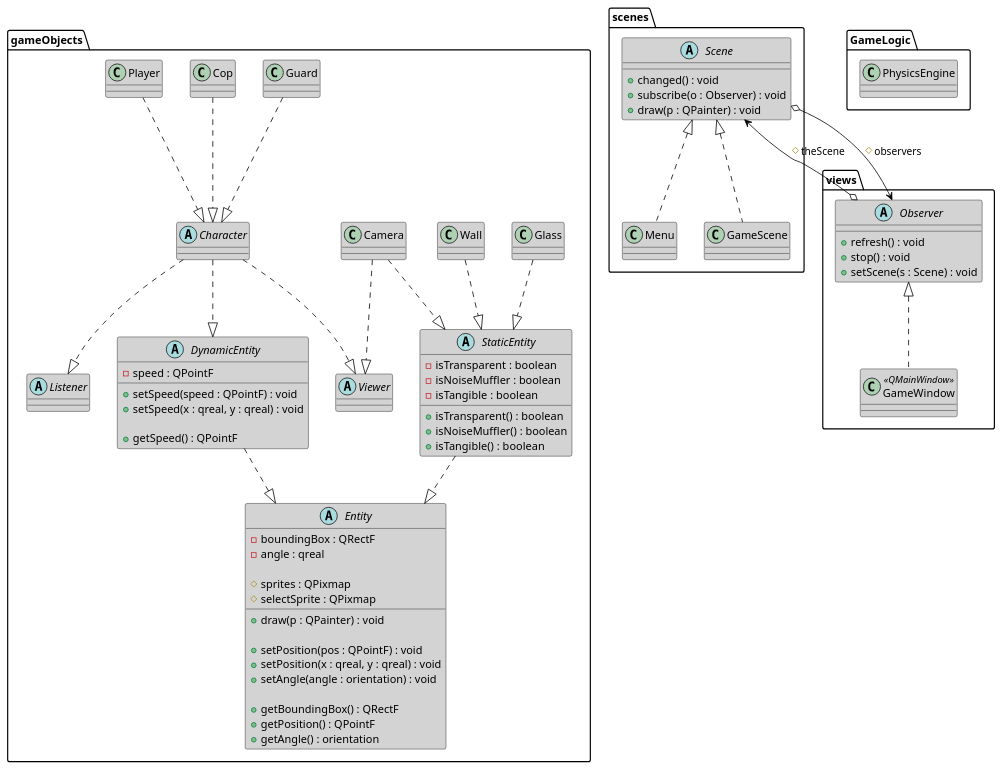
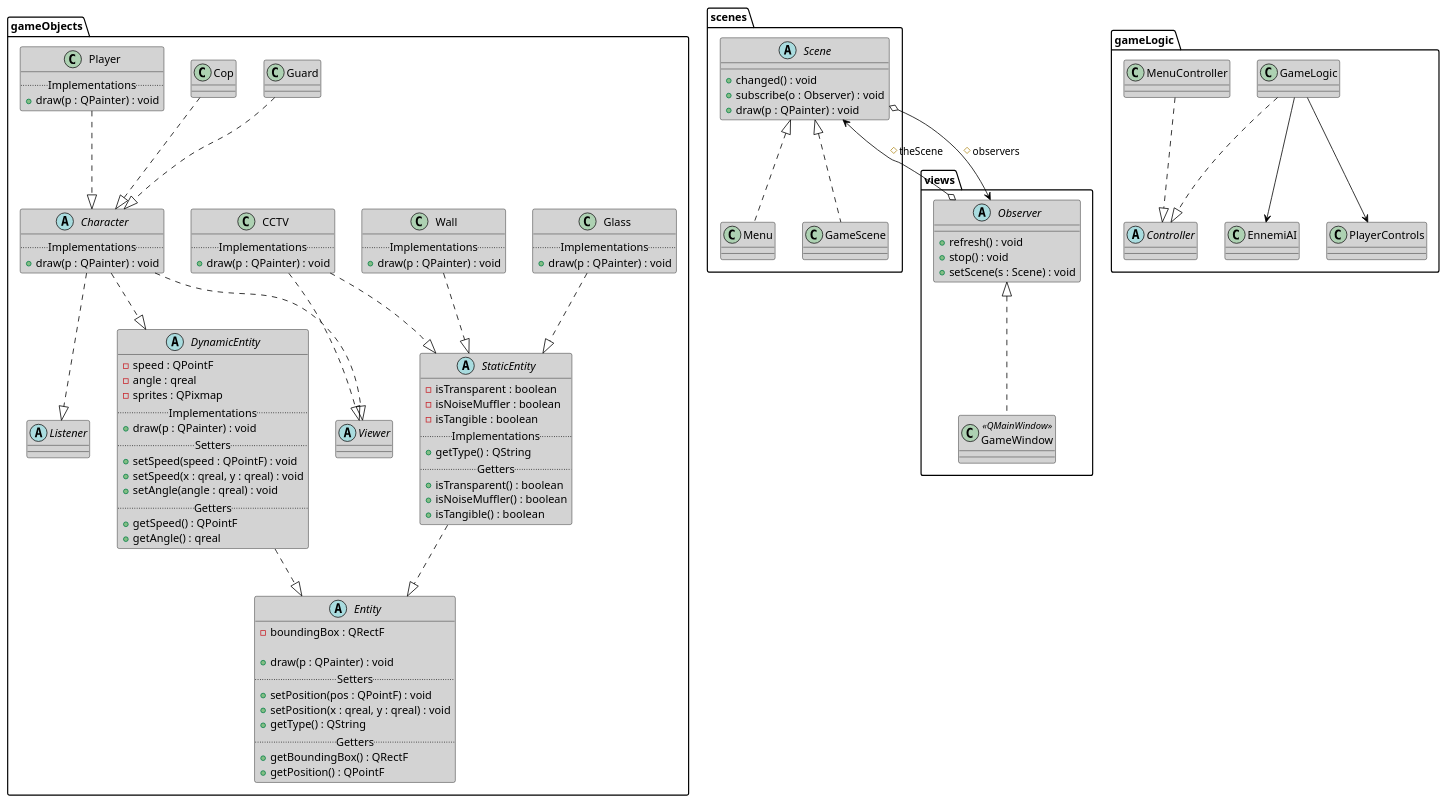
The diagram in UML/classes.puml (SamyFrancelet/Dillinger), drawn with PlantUML before and after one commit. The commit also changed 8 other files, not shown here.

```diff
--- a/UML/classes.puml
+++ b/UML/classes.puml
@@ -1,138 +1,178 @@
 @startuml dillinger_classes
 
 skinparam shadowing false
 'skinparam linetype polyline
 'skinparam linetype ortho
 
 skinparam class {
     ArrowColor black
     BorderColor black
     BackGroundColor lightgrey
 }
 
 skinparam package {
     ArrowColor black
     BorderColor black
     BackGroundColor white
 }
 
 package gameObjects {
 
     abstract "Entity" as entity {
         -boundingBox : QRectF
-        -angle : qreal
-
-        #sprites : QPixmap
-        #selectSprite : QPixmap
 
         +draw(p : QPainter) : void
-
+		..Setters..
         +setPosition(pos : QPointF) : void
         +setPosition(x : qreal, y : qreal) : void
-        +setAngle(angle : orientation) : void
-
+		+getType() : QString
+		..Getters..
         +getBoundingBox() : QRectF
         +getPosition() : QPointF
-        +getAngle() : orientation
     }
 
     together {
         abstract "StaticEntity" as statE {
             -isTransparent : boolean
             -isNoiseMuffler : boolean
             -isTangible : boolean
-
+			..Implementations..
+			+getType() : QString
+			..Getters..
             +isTransparent() : boolean
             +isNoiseMuffler() : boolean
             +isTangible() : boolean
         }
 
         abstract "DynamicEntity" as dynE {
             -speed : QPointF
-
+			-angle : qreal
+			-sprites : QPixmap
+			..Implementations..
+			+draw(p : QPainter) : void
+			..Setters..
             +setSpeed(speed : QPointF) : void
             +setSpeed(x : qreal, y : qreal) : void
-
+			+setAngle(angle : qreal) : void
+			..Getters..
             +getSpeed() : QPointF
+			+getAngle() : qreal
         }
 
         abstract "Viewer" as viewer
 
         abstract "Listener" as listener
     }
 
-    class "Glass" as glass
+    class "Glass" as glass {
+		..Implementations..
+		+draw(p : QPainter) : void
+	}
 
-    class "Wall" as wall
+    class "Wall" as wall {
+		..Implementations..
+		+draw(p : QPainter) : void
+	}
 
-    class "Camera" as cam
+    class "CCTV" as cam {
+		..Implementations..
+		+draw(p : QPainter) : void
+	}
 
-    abstract "Character" as charac
+    abstract "Character" as charac {
+		..Implementations..
+		+draw(p : QPainter) : void
+	}
 
     class "Guard" as guard
 
     class "Cop" as cop
 
-    class "Player" as player
+    class "Player" as player {
+		..Implementations..
+		+draw(p : QPainter) : void
+	}
 
     statE ..|> entity
     dynE ..|> entity
 
     glass ..|> statE
     wall ..|> statE
     cam ..|> statE
 
     charac ..|> dynE
 
     guard ..|> charac
     cop ..|> charac
     player ..|> charac
 
+	cam ..|> viewer
     charac ..|> viewer
     charac ..|> listener
-    cam ..|> viewer
 }
 
 package scenes {
     abstract "Scene" as scene{
         +changed() : void
         +subscribe(o : Observer) : void
         +draw(p : QPainter) : void
     }
 
-    class Menu {
+    class "Menu" as menu {
 
     }
 
-    class GameScene {
+    class "GameScene" as gScene {
 
     }
 
-    Menu .up.|> scene
-    GameScene .up.|> scene
+    menu .up.|> scene
+    gScene .up.|> scene
 }
 
 package views {
     abstract "Observer" as obs {
         +refresh() : void
         +stop() : void
         +setScene(s : Scene) : void
     }
 
     class "GameWindow" as gameW  <<QMainWindow>>{
 
     }
 
     gameW .up.|> obs
 }
 
 scene o--> obs : "#observers"
 obs o--> scene : "#theScene"
 
-package GameLogic {
-    class PhysicsEngine {
+package gameLogic {
+	abstract "Controller" as c {
+
+	}
+
+	class "MenuController" as mc {
+
+	}
+
+    class "GameLogic" as gLogic {
 
     }
+
+	class "EnnemiAI" as ai {
+
+	}
+
+	class "PlayerControls" as pControls {
+
+	}
+
+	gLogic ..|> c
+	mc ..|> c
+
+	gLogic --> ai
+	gLogic --> pControls
 }
 
 @enduml
```
